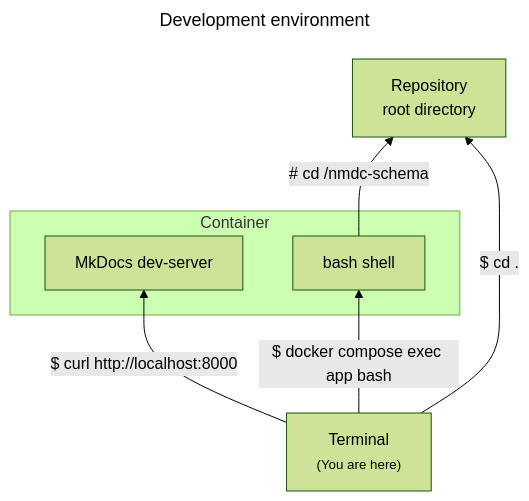
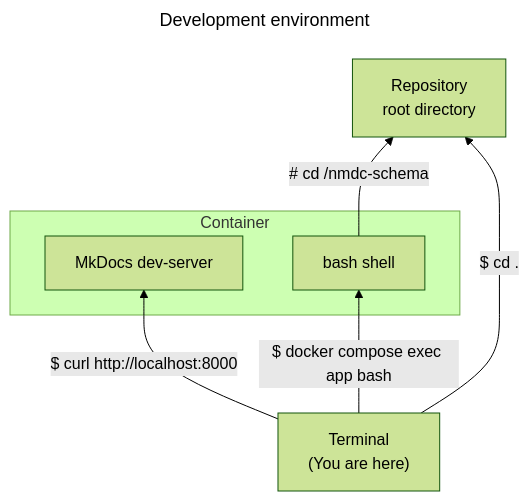
One commit to microbiomedata/nmdc-schema changed the diagram in README.md. Above: the diagram before and after it, drawn with Mermaid (forest theme).

Commit message:
Refrain from using mermaid feature unsupported by GitHub

````diff
--- a/README.md
+++ b/README.md
@@ -79,21 +79,21 @@
 ```mermaid
 ---
 title: Development environment
 ---
 graph BT
     %% Nodes:
     dir["Repository<br>root directory"]
-    host["Terminal<br><small>(You are here)</small>"]
+    host["Terminal<br>(You are here)"]
     
     %% Nodes:
     host -- "$ curl http://localhost:8000" --> mkdocs
     host -- "$ docker compose exec app bash" --> bash
     bash -- "# cd /nmdc-schema" --> dir
     host -- "$ cd ." --> dir
     
     subgraph Container["Container"]
         %% Nodes:
         mkdocs["MkDocs dev-server"]
         bash["bash shell"]
     end
 ```
````
